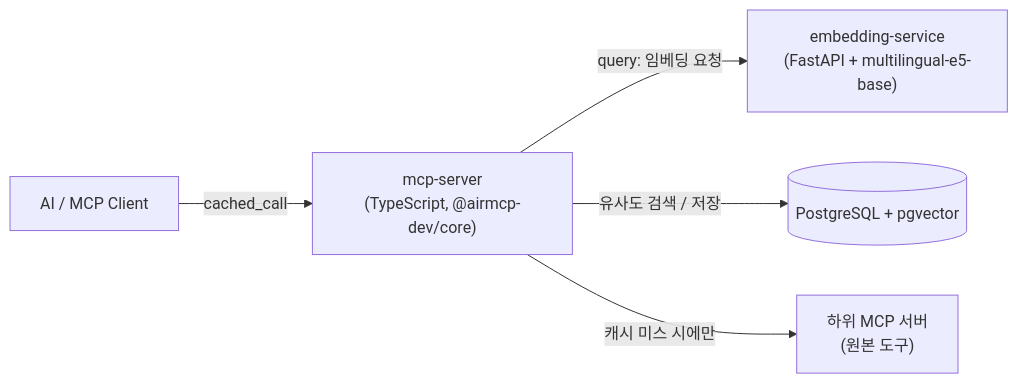
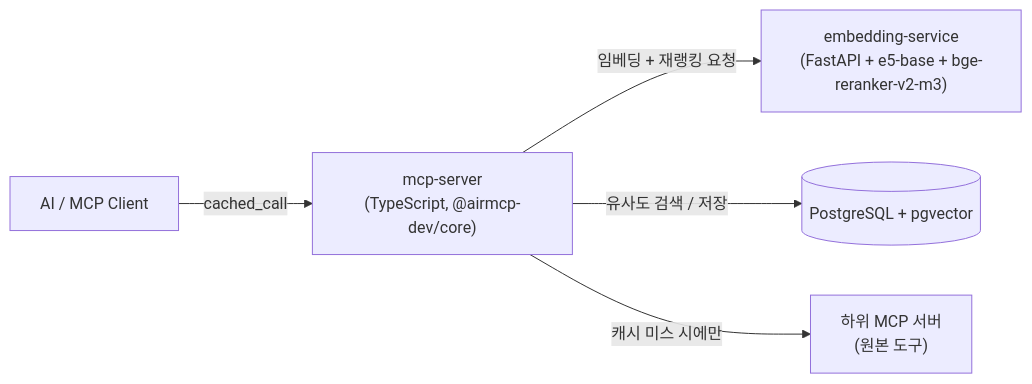
Before and after one commit to junmok107/smart-cache-mcp: the first of 2 diagrams in README.md, drawn with Mermaid. The commit also changed other lines of this file and 16 other files, not shown here.

````diff
--- a/README.md
+++ b/README.md
@@ -31,7 +31,7 @@
 ```mermaid
 flowchart LR
     AI["AI / MCP Client"] -- "cached_call" --> MCP["mcp-server\n(TypeScript, @airmcp-dev/core)"]
-    MCP -- "query: 임베딩 요청" --> EMB["embedding-service\n(FastAPI + multilingual-e5-base)"]
+    MCP -- "임베딩 + 재랭킹 요청" --> EMB["embedding-service\n(FastAPI + e5-base + bge-reranker-v2-m3)"]
     MCP -- "유사도 검색 / 저장" --> PG[("PostgreSQL + pgvector")]
     MCP -- "캐시 미스 시에만" --> DS["하위 MCP 서버\n(원본 도구)"]
 ```
````
